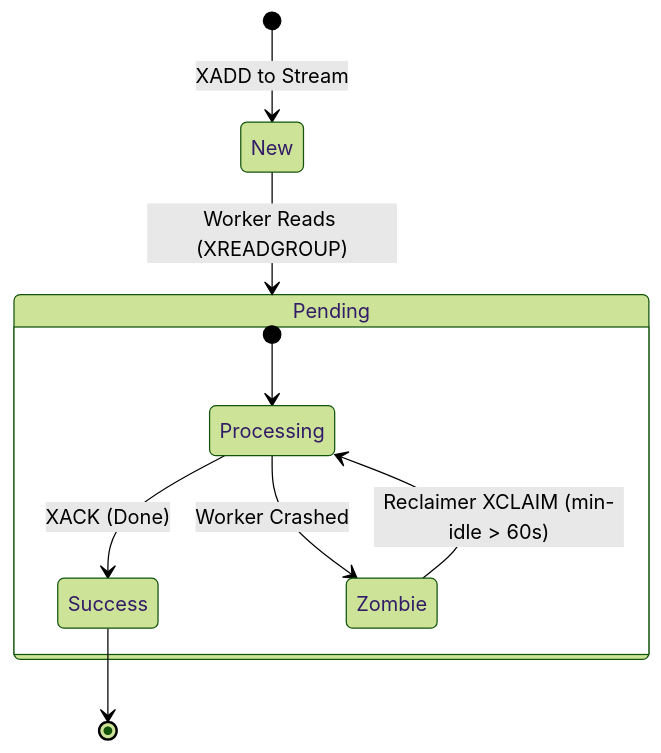
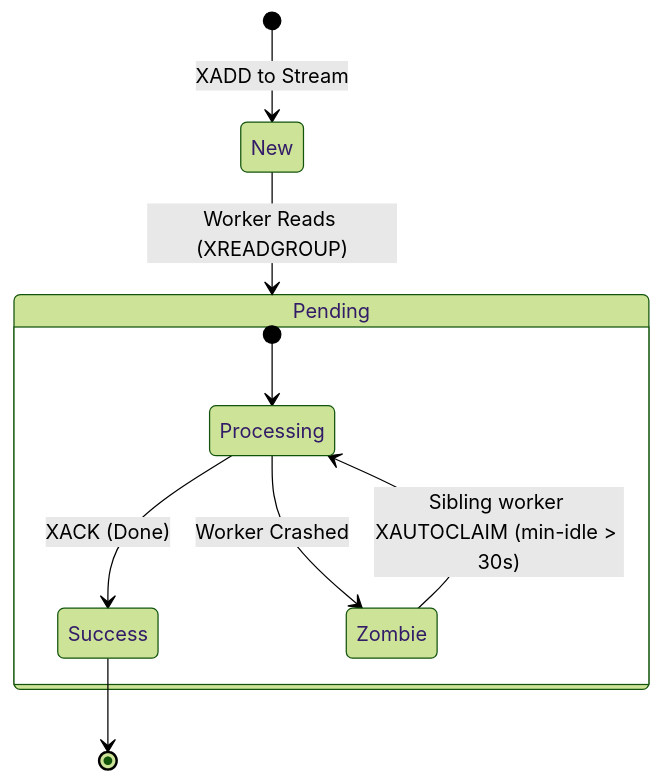
Before and after one commit to obrienma/sentinel-l7: the fourth of 6 diagrams in README.md, drawn with Mermaid (forest theme). The commit also changed other lines of this file and 15 other files, not shown here.

````diff
--- a/README.md
+++ b/README.md
@@ -233,14 +228,14 @@
 ```mermaid
 stateDiagram-v2
     [*] --> New: XADD to Stream
     New --> Pending: Worker Reads (XREADGROUP)
 
     state Pending {
         [*] --> Processing
         Processing --> Success: XACK (Done)
         Processing --> Zombie: Worker Crashed
     }
 
-    Zombie --> Processing: Reclaimer XCLAIM (min-idle > 60s)
+    Zombie --> Processing: Sibling worker XAUTOCLAIM (min-idle > 30s)
     Success --> [*]
 ```
````
